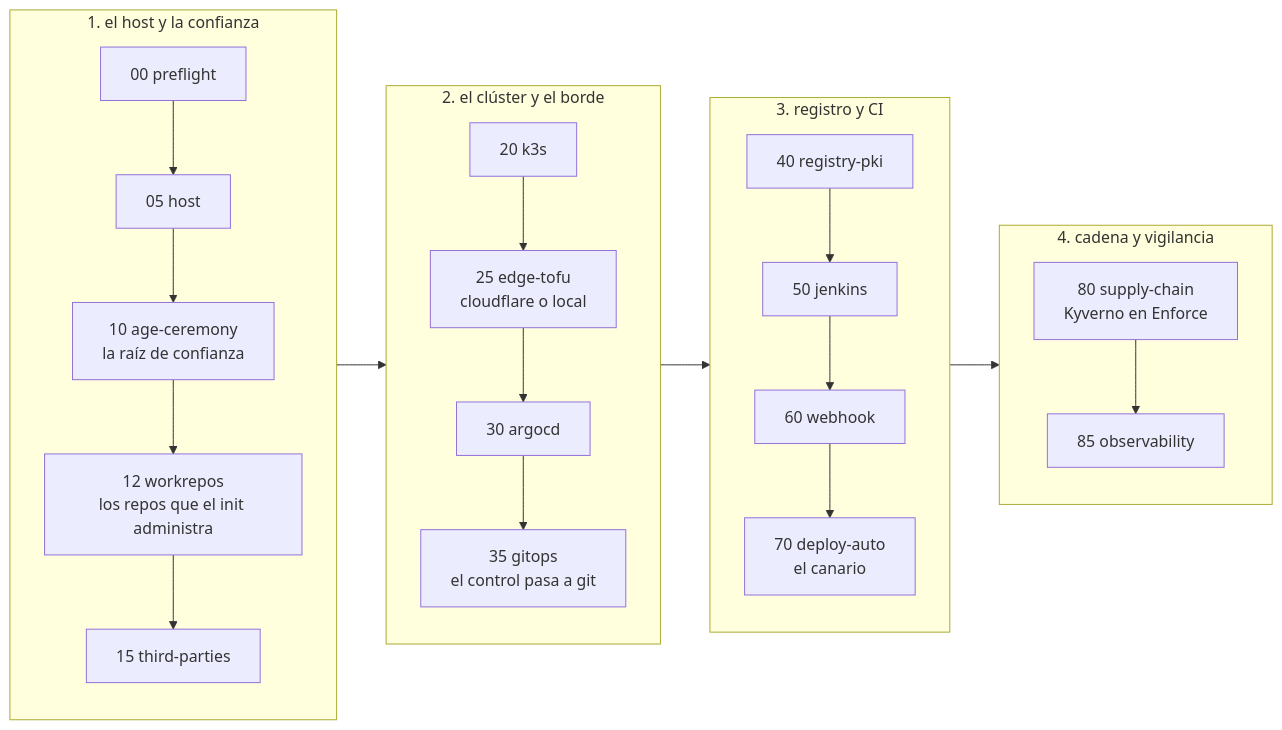
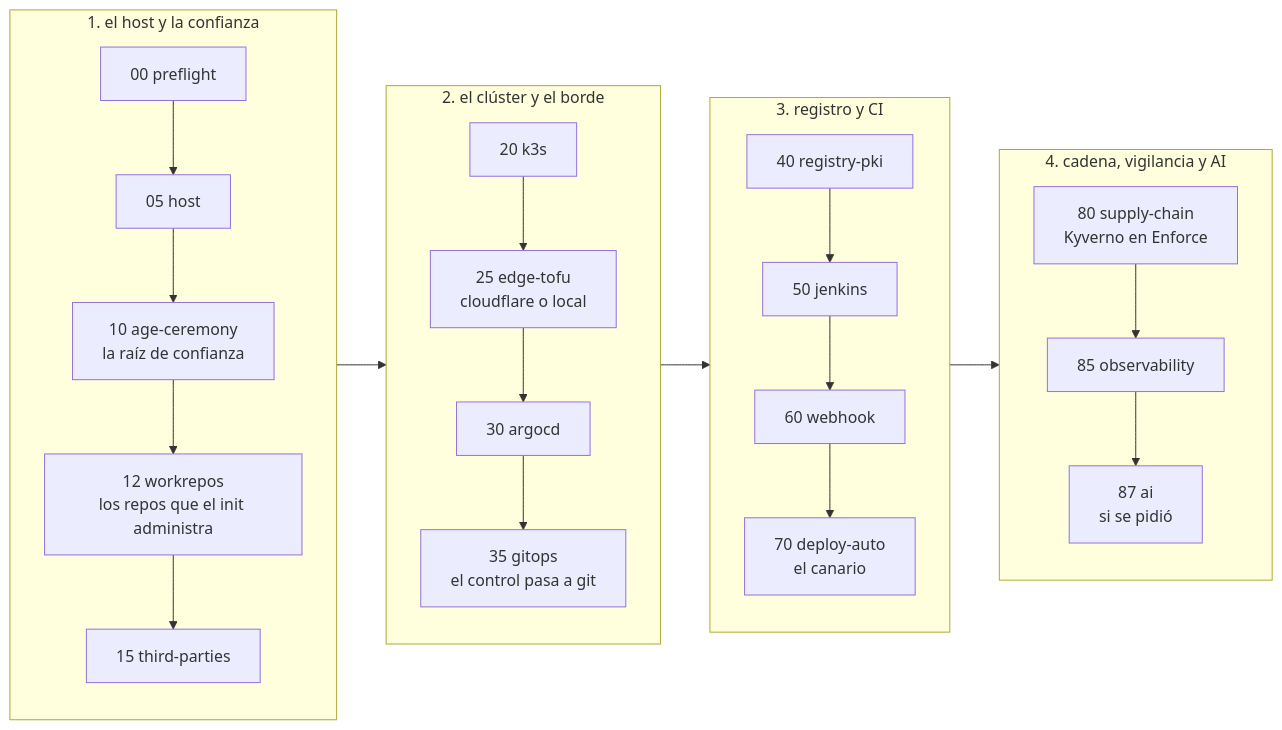
Before and after one commit to MEMEMEMEMEMEMEDev/aegis-infra: the first of 3 diagrams in README.md, drawn with Mermaid. The commit also changed other lines of this file and 9 other files, not shown here.

````diff
--- a/README.md
+++ b/README.md
@@ -306,20 +198,20 @@
 ```mermaid
 flowchart LR
     subgraph A["1. el host y la confianza"]
         direction TB
         a0["00 preflight"] --> a1["05 host"] --> a2["10 age-ceremony<br/>la raíz de confianza"] --> a3["12 workrepos<br/>los repos que el init administra"] --> a4["15 third-parties"]
     end
     subgraph B["2. el clúster y el borde"]
         direction TB
         b0["20 k3s"] --> b1["25 edge-tofu<br/>cloudflare o local"] --> b2["30 argocd"] --> b3["35 gitops<br/>el control pasa a git"]
     end
     subgraph C["3. registro y CI"]
         direction TB
         c0["40 registry-pki"] --> c1["50 jenkins"] --> c2["60 webhook"] --> c3["70 deploy-auto<br/>el canario"]
     end
-    subgraph D["4. cadena y vigilancia"]
+    subgraph D["4. cadena, vigilancia y AI"]
         direction TB
-        d0["80 supply-chain<br/>Kyverno en Enforce"] --> d1["85 observability"]
+        d0["80 supply-chain<br/>Kyverno en Enforce"] --> d1["85 observability"] --> d2["87 ai<br/>si se pidió"]
     end
     A --> B --> C --> D
 ```
````
